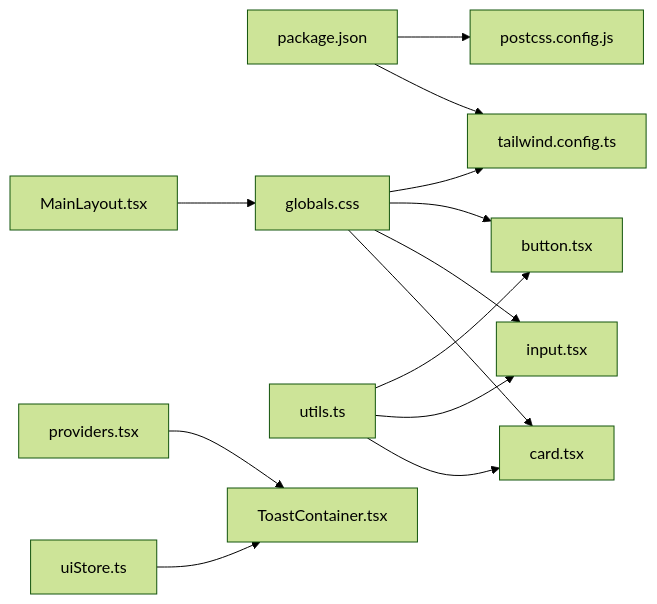
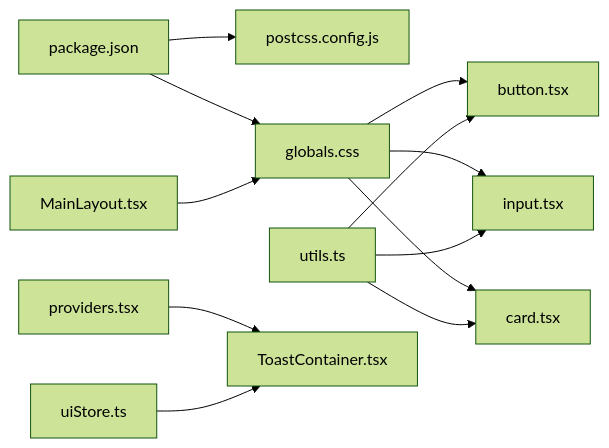
One commit to gujialind/InvestRing changed the third of 3 diagrams in .qoder/repowiki/zh/content/前端应用架构/样式与主题系统.md. Above: the diagram before and after it, drawn with Mermaid (forest theme). The commit also changed other lines of this file and 39 other files, not shown here.

````diff
--- a/.qoder/repowiki/zh/content/前端应用架构/样式与主题系统.md
+++ b/.qoder/repowiki/zh/content/前端应用架构/样式与主题系统.md
@@ -243,15 +262,14 @@
 ```mermaid
 graph LR
 PKG["package.json"] --> PC["postcss.config.js"]
-PKG --> TW["tailwind.config.ts"]
-GCSS["globals.css"] --> TW
-UTILS["utils.ts"] --> BTN["button.tsx"]
-UTILS --> INP["input.tsx"]
-UTILS --> CARD["card.tsx"]
-GCSS --> BTN
-GCSS --> INP
-GCSS --> CARD
+PKG --> GCSS["globals.css"]
+GCSS --> BTN["button.tsx"]
+GCSS --> INP["input.tsx"]
+GCSS --> CARD["card.tsx"]
+UTILS["utils.ts"] --> BTN
+UTILS --> INP
+UTILS --> CARD
 LAYOUT["MainLayout.tsx"] --> GCSS
 PROVIDERS["providers.tsx"] --> TOAST["ToastContainer.tsx"]
 UISTORE["uiStore.ts"] --> TOAST
 ```
````
